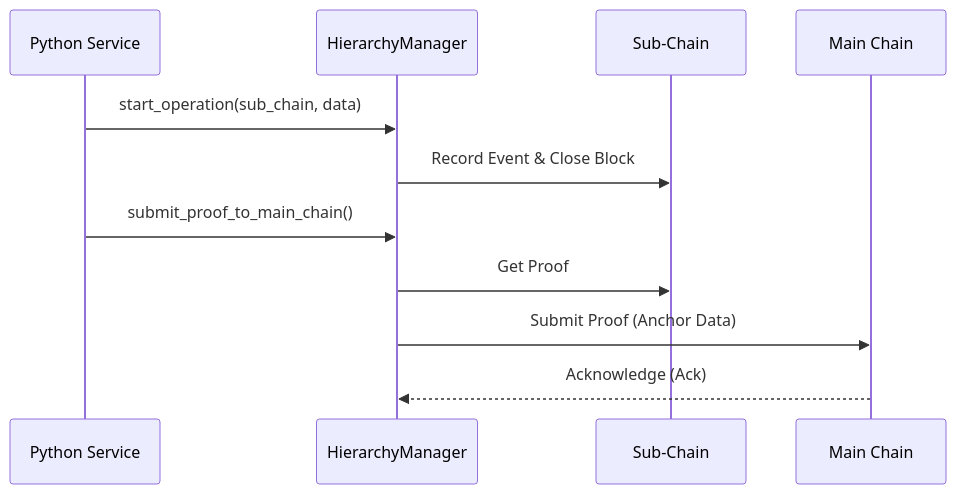
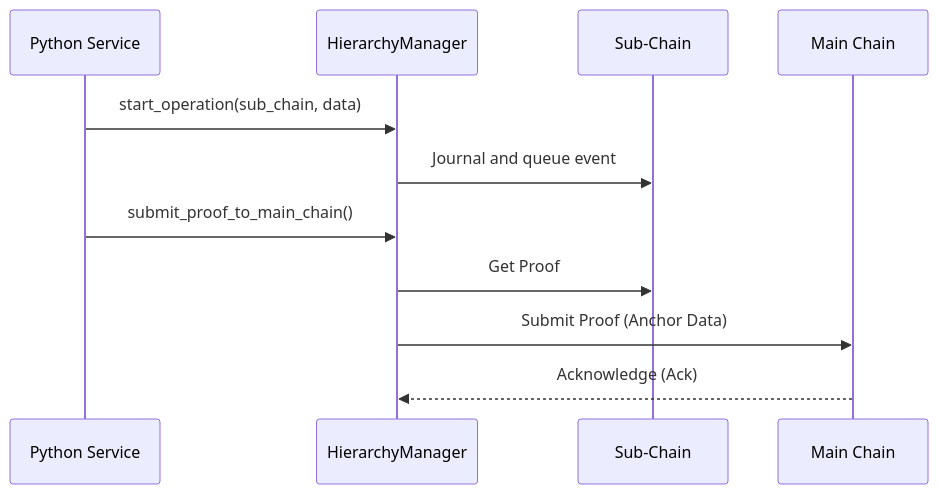
The third of 3 diagrams in docs/en/how-to/integrate-web2.md (VanDung-dev/HieraChain), drawn with Mermaid before and after one commit. The commit also changed other lines of this file and 158 other files, not shown here.

````diff
--- a/docs/en/how-to/integrate-web2.md
+++ b/docs/en/how-to/integrate-web2.md
@@ -131,14 +133,14 @@
 ```mermaid
 sequenceDiagram
     participant Service as Python Service
     participant Manager as HierarchyManager
     participant Sub as Sub-Chain
     participant Main as Main Chain
 
     Service->>Manager: start_operation(sub_chain, data)
-    Manager->>Sub: Record Event & Close Block
+    Manager->>Sub: Journal and queue event
     Service->>Manager: submit_proof_to_main_chain()
     Manager->>Sub: Get Proof
     Manager->>Main: Submit Proof (Anchor Data)
     Main-->>Manager: Acknowledge (Ack)
 ```
````
